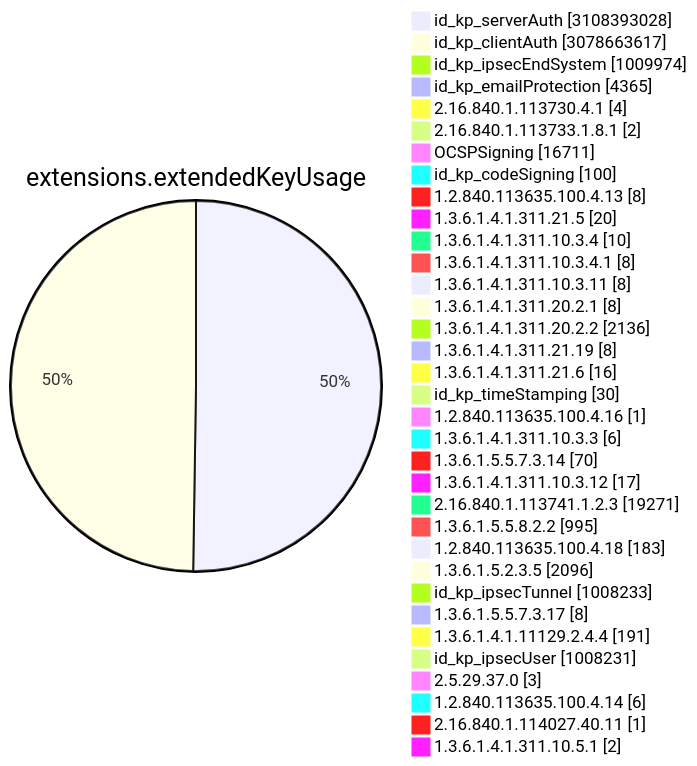
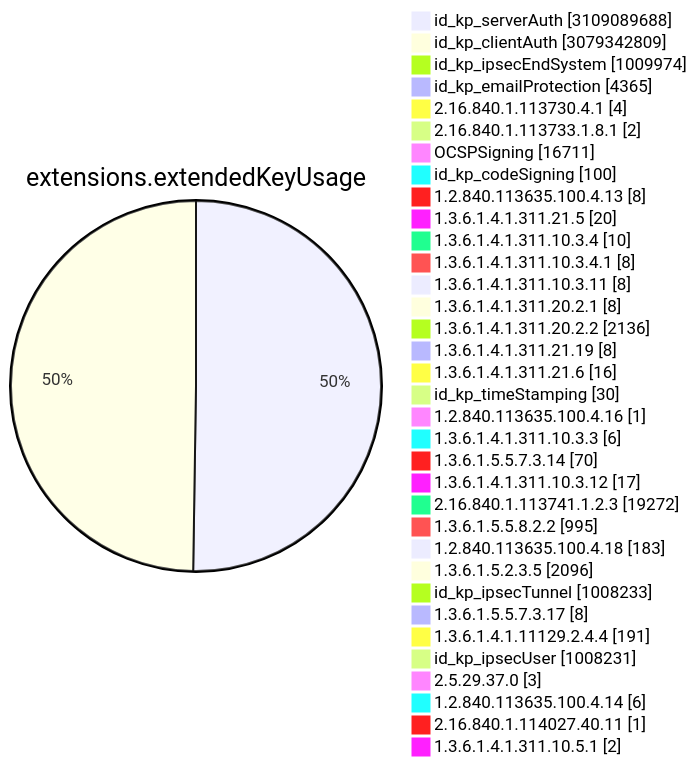
One commit to christiankrug/ctmonitor_visualization changed diagram 11 of 15 in TOTAL/README.md. Above: the diagram before and after it, drawn with Mermaid. The commit also changed other lines of this file, not shown here.

````diff
--- a/TOTAL/README.md
+++ b/TOTAL/README.md
@@ -4117,38 +4117,38 @@
 ```mermaid
 pie showData
 title extensions.extendedKeyUsage
-"id_kp_serverAuth" :3108393028
-"id_kp_clientAuth" :3078663617
+"id_kp_serverAuth" :3109089688
+"id_kp_clientAuth" :3079342809
 "id_kp_ipsecEndSystem" :1009974
 "id_kp_emailProtection" :4365
 "2.16.840.1.113730.4.1" :4
 "2.16.840.1.113733.1.8.1" :2
 "OCSPSigning" :16711
 "id_kp_codeSigning" :100
 "1.2.840.113635.100.4.13" :8
 "1.3.6.1.4.1.311.21.5" :20
 "1.3.6.1.4.1.311.10.3.4" :10
 "1.3.6.1.4.1.311.10.3.4.1" :8
 "1.3.6.1.4.1.311.10.3.11" :8
 "1.3.6.1.4.1.311.20.2.1" :8
 "1.3.6.1.4.1.311.20.2.2" :2136
 "1.3.6.1.4.1.311.21.19" :8
 "1.3.6.1.4.1.311.21.6" :16
 "id_kp_timeStamping" :30
 "1.2.840.113635.100.4.16" :1
 "1.3.6.1.4.1.311.10.3.3" :6
 "1.3.6.1.5.5.7.3.14" :70
 "1.3.6.1.4.1.311.10.3.12" :17
-"2.16.840.1.113741.1.2.3" :19271
+"2.16.840.1.113741.1.2.3" :19272
 "1.3.6.1.5.5.8.2.2" :995
 "1.2.840.113635.100.4.18" :183
 "1.3.6.1.5.2.3.5" :2096
 "id_kp_ipsecTunnel" :1008233
 "1.3.6.1.5.5.7.3.17" :8
 "1.3.6.1.4.1.11129.2.4.4" :191
 "id_kp_ipsecUser" :1008231
 "2.5.29.37.0" :3
 "1.2.840.113635.100.4.14" :6
 "2.16.840.1.114027.40.11" :1
 "1.3.6.1.4.1.311.10.5.1" :2
 ```
````
